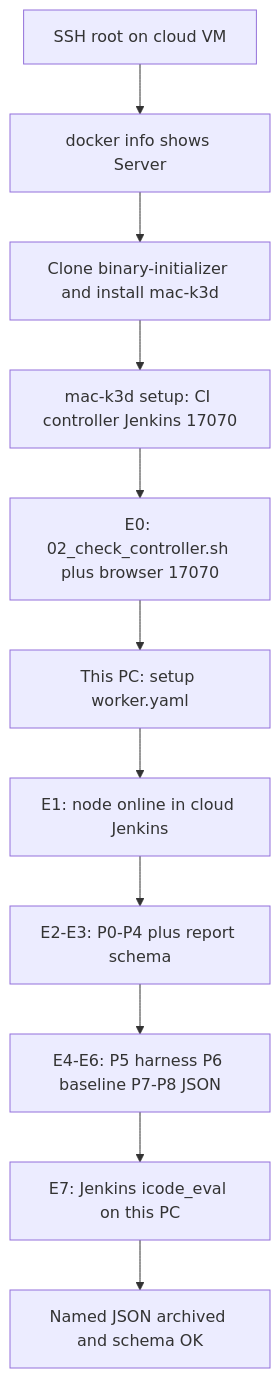
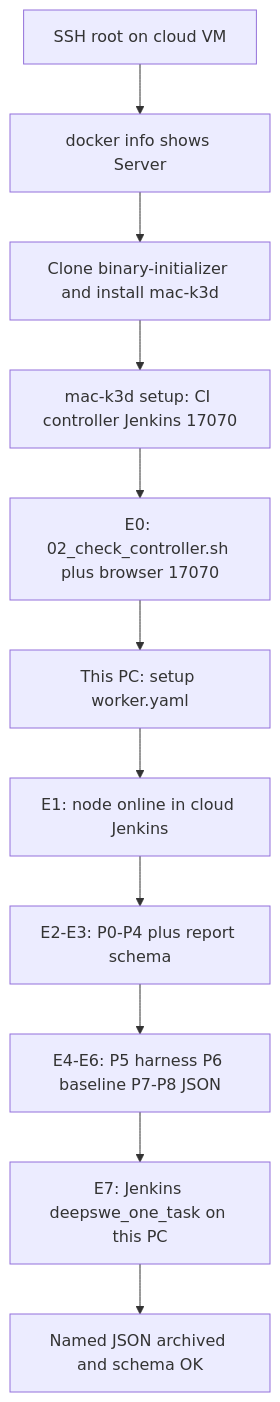
Before and after one commit to Toby-Yu/mac-k3d: the first of 2 diagrams in docs/binary-initializer/testing/cloud-eval-runbook.md, drawn with Mermaid. The commit also changed other lines of this file and 40 other files, not shown here.

````diff
--- a/docs/binary-initializer/testing/cloud-eval-runbook.md
+++ b/docs/binary-initializer/testing/cloud-eval-runbook.md
@@ -33,18 +33,18 @@
 ```mermaid
 flowchart TD
   sshRoot["SSH root on cloud VM"]
   dockerOk["docker info shows Server"]
   cloneBuild["Clone binary-initializer and install mac-k3d"]
   setupCtrl["mac-k3d setup: CI controller Jenkins 17070"]
   e0check["E0: 02_check_controller.sh plus browser 17070"]
   workerSetup["This PC: setup worker.yaml"]
   e1check["E1: node online in cloud Jenkins"]
   cheap["E2-E3: P0-P4 plus report schema"]
   paid["E4-E6: P5 harness P6 baseline P7-P8 JSON"]
-  e7job["E7: Jenkins icode_eval on this PC"]
+  e7job["E7: Jenkins deepswe_one_task on this PC"]
   jsonOut["Named JSON archived and schema OK"]
 
   sshRoot --> dockerOk --> cloneBuild --> setupCtrl --> e0check
   e0check --> workerSetup --> e1check
   e1check --> cheap --> paid --> e7job --> jsonOut
 ```
````
